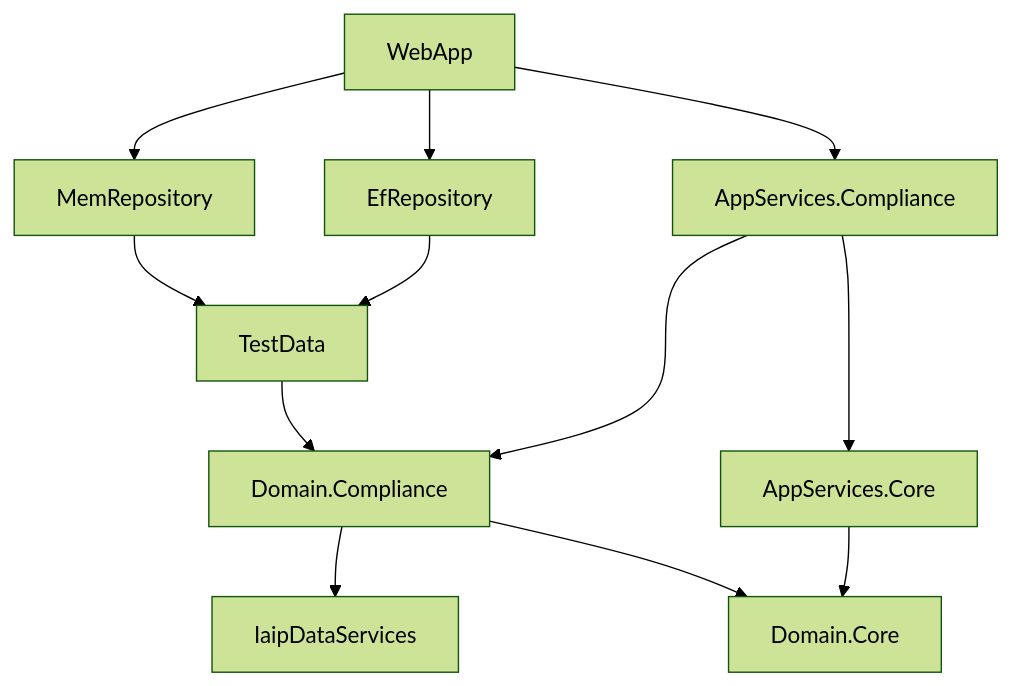
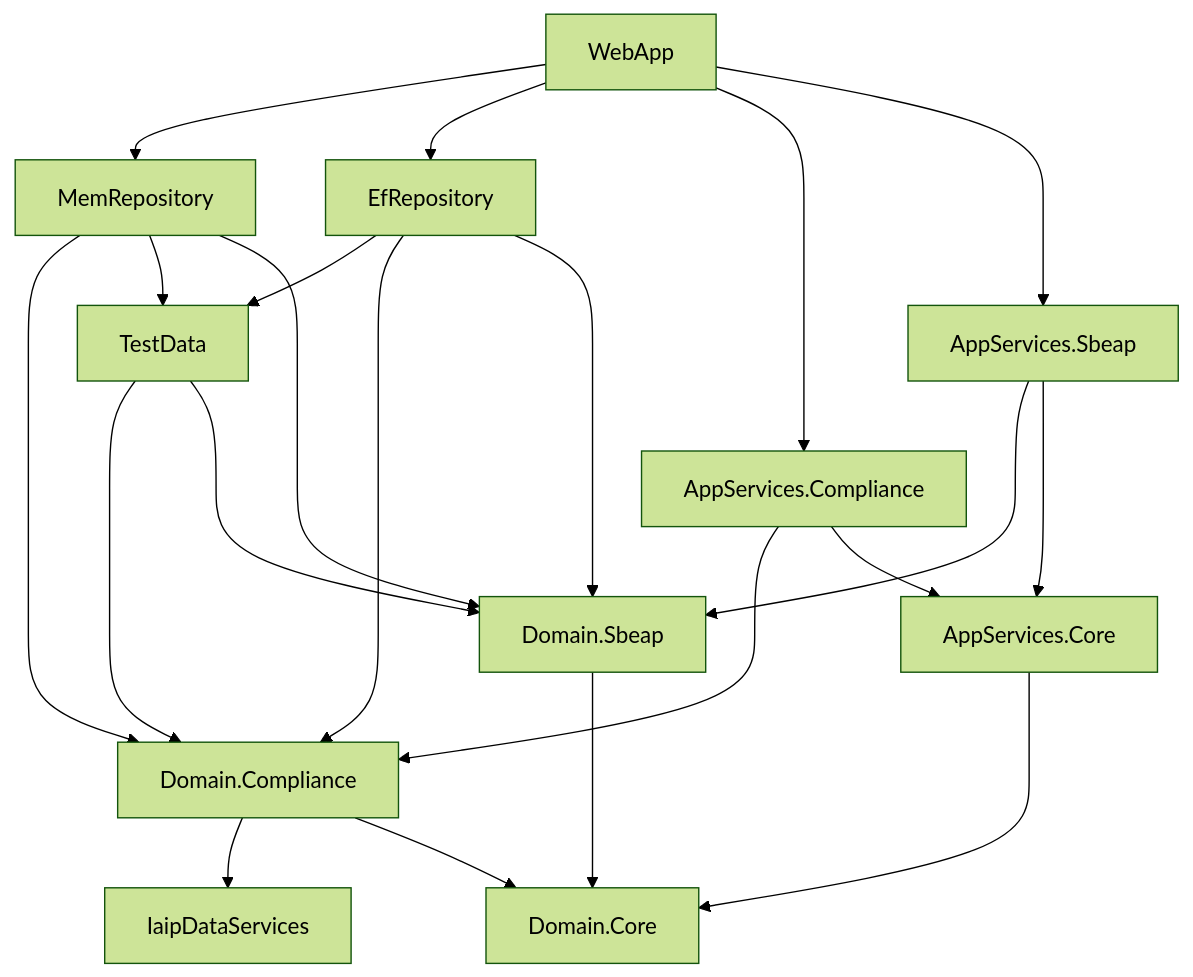
The first of 7 diagrams in README.md (gaepdit/air-web), drawn with Mermaid (forest theme) before and after one commit. The commit also changed other lines of this file and 402 other files, not shown here.

First line of the commit message:
Integrate the SBEAP app (#534)

````diff
--- a/README.md
+++ b/README.md
@@ -74,16 +74,26 @@
 ```mermaid
 flowchart TB
     I[IaipDataServices]
     DR[Domain.Core]
     DC[Domain.Compliance] --> I
+    DS[Domain.Sbeap]
     DC --> DR
+    DS ---> DR
     AR[AppServices.Core] --> DR
     AC[AppServices.Compliance] ---> DC
     AC --> AR
-    T[TestData] --> DC
+    AS[AppServices.Sbeap] ---> DS
+    AS --> AR
+    T[TestData] ----> DC
+    T ---> DS
     E[EfRepository] --> T
+    E --> DC
+    E --> DS
+    M --> DC
     M[MemRepository] --> T
+    M --> DS
     W[WebApp] --> M
     W --> E
     W --> AC
+    W --> AS
 ```
````
